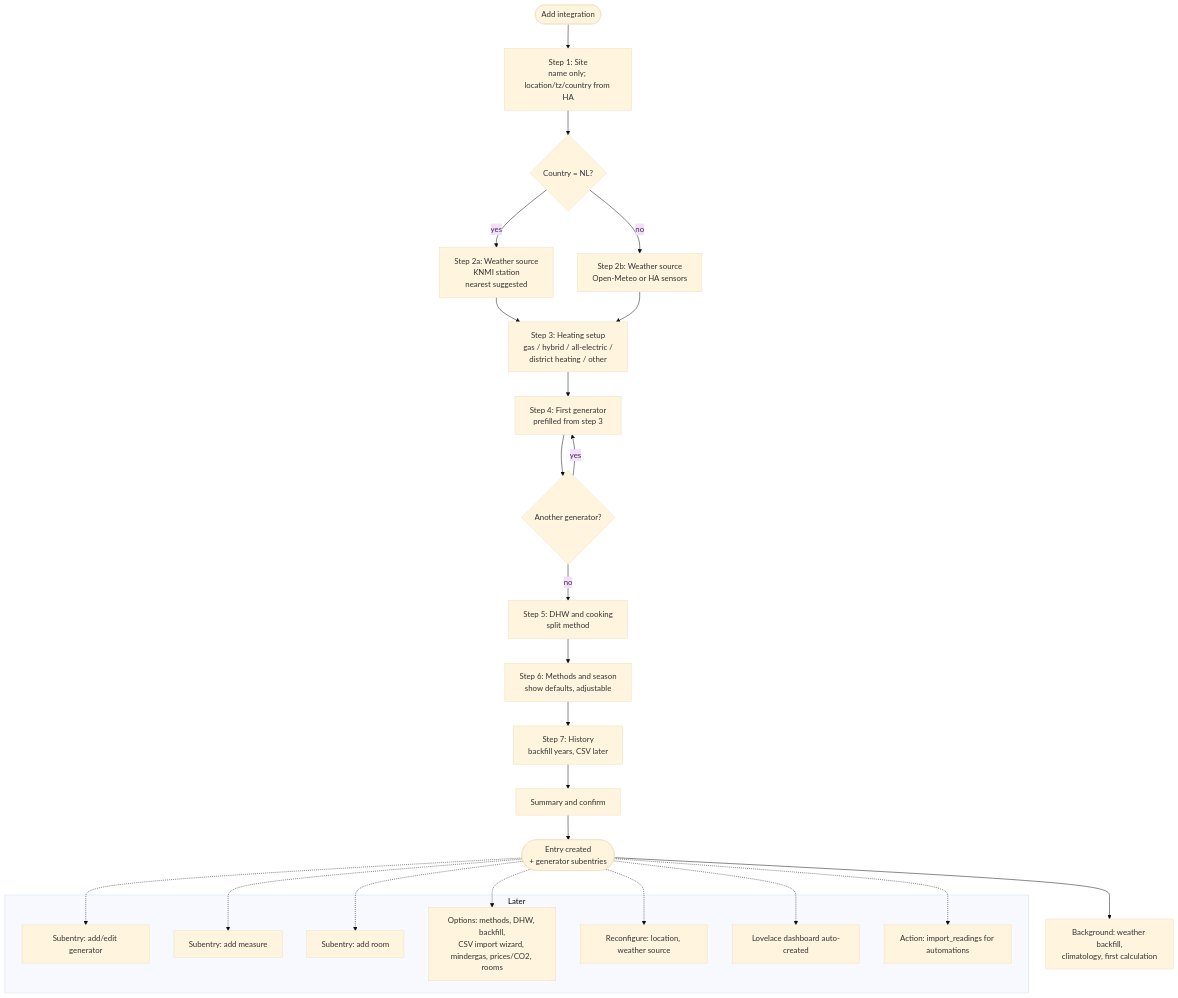
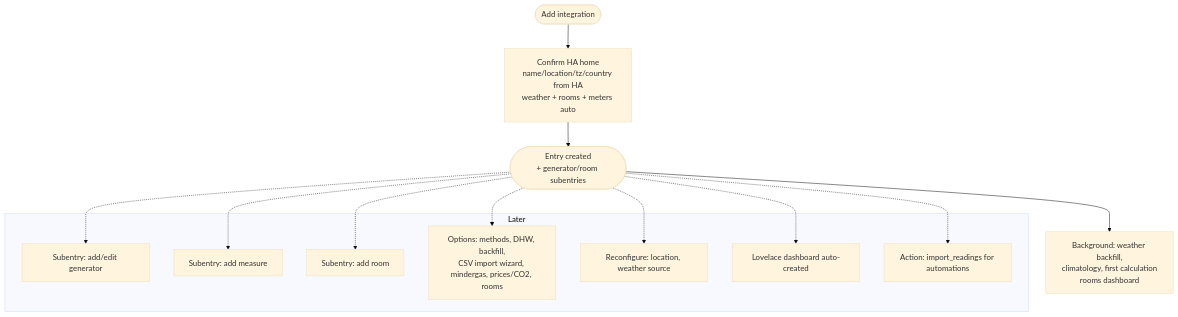
The diagram in docs/CONFIG_FLOW.md (nicohabets/heatprint), drawn with Mermaid (base theme) before and after one commit. The commit also changed other lines of this file and 23 other files, not shown here.

First line of the commit message:
feat: auto-discover rooms from HA areas and skip asking for the home

````diff
--- a/docs/CONFIG_FLOW.md
+++ b/docs/CONFIG_FLOW.md
@@ -14,35 +14,23 @@
 ```mermaid
 flowchart TD
-    A([Add integration]) --> B[Step 1: Site<br/>name only; location/tz/country from HA]
-    B --> C{Country = NL?}
-    C -- yes --> D[Step 2a: Weather source<br/>KNMI station<br/>nearest suggested]
-    C -- no --> E[Step 2b: Weather source<br/>Open-Meteo or HA sensors]
-    D --> F[Step 3: Heating setup<br/>gas / hybrid / all-electric /<br/>district heating / other]
-    E --> F
-    F --> G[Step 4: First generator<br/>prefilled from step 3]
-    G --> H{Another generator?}
-    H -- yes --> G
-    H -- no --> I[Step 5: DHW and cooking<br/>split method]
-    I --> J[Step 6: Methods and season<br/>show defaults, adjustable]
-    J --> K[Step 7: History<br/>backfill years, CSV later]
-    K --> L[Summary and confirm]
-    L --> M([Entry created<br/>+ generator subentries])
-    M --> N[Background: weather backfill,<br/>climatology, first calculation]
+    A([Add integration]) --> B[Confirm HA home<br/>name/location/tz/country from HA<br/>weather + rooms + meters auto]
+    B --> M([Entry created<br/>+ generator/room subentries])
+    M --> N[Background: weather backfill,<br/>climatology, first calculation<br/>rooms dashboard]
 
     subgraph Later
         O[Subentry: add/edit generator]
         P[Subentry: add measure]
         U[Subentry: add room]
         Q[Options: methods, DHW, backfill,<br/>CSV import wizard, mindergas, prices/CO2, rooms]
         R[Reconfigure: location, weather source]
         V[Lovelace dashboard auto-created]
         S[Action: import_readings for automations]
     end
     M -.-> O
     M -.-> P
     M -.-> U
     M -.-> Q
     M -.-> R
     M -.-> S
     M -.-> V
 ```
````
